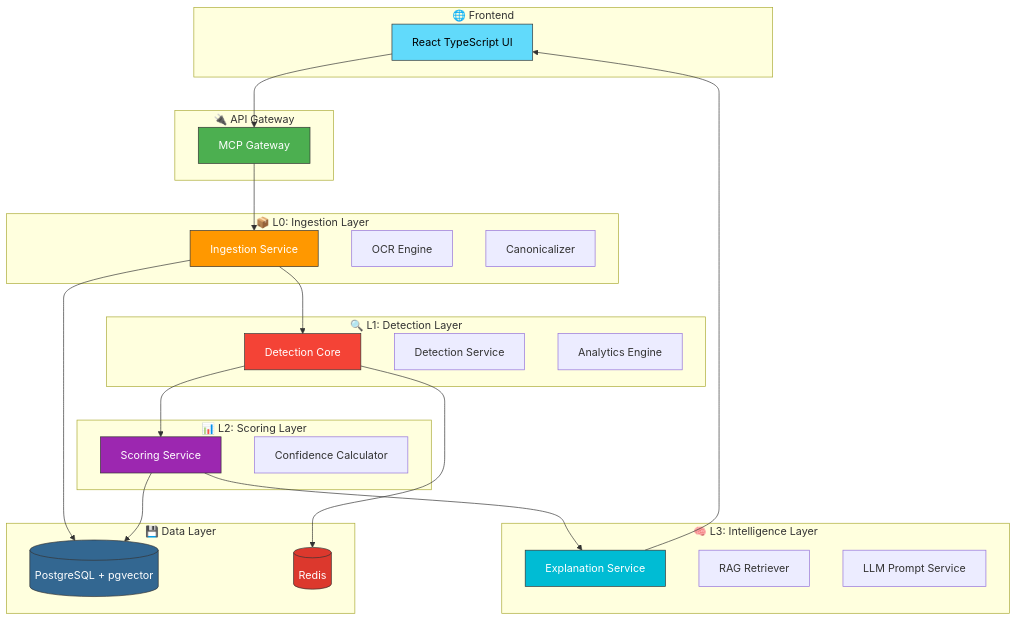
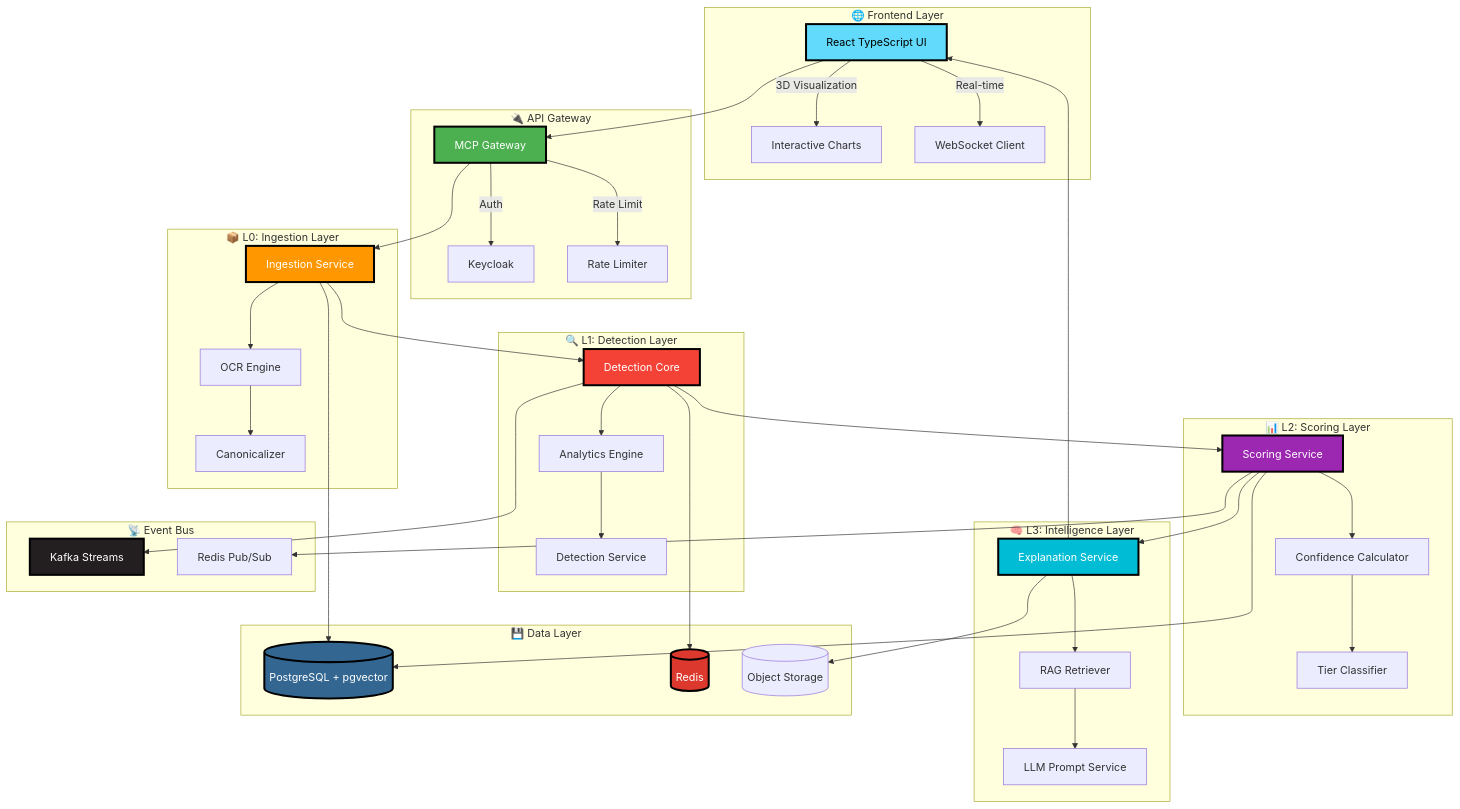
The diagram in README.md (sakib-11/govspend-nexus-ai), drawn with Mermaid before and after one commit. The commit also changed other lines of this file and 2 other files, not shown here.

````diff
--- a/README.md
+++ b/README.md
@@ -61,58 +110,78 @@
 ```mermaid
 graph TB
-    subgraph "🌐 Frontend"
+    subgraph "🌐 Frontend Layer"
         UI[React TypeScript UI]
+        UI --> |3D Visualization| VIZ[Interactive Charts]
+        UI --> |Real-time| WS[WebSocket Client]
     end
     
     subgraph "🔌 API Gateway"
         MCP[MCP Gateway]
+        MCP --> |Auth| AUTH[Keycloak]
+        MCP --> |Rate Limit| RL[Rate Limiter]
     end
     
     subgraph "📦 L0: Ingestion Layer"
         ING[Ingestion Service]
         OCR[OCR Engine]
         CAN[Canonicalizer]
+        ING --> OCR --> CAN
     end
     
     subgraph "🔍 L1: Detection Layer"
         DET[Detection Core]
         DET2[Detection Service]
         ANA[Analytics Engine]
+        DET --> ANA --> DET2
     end
     
     subgraph "📊 L2: Scoring Layer"
         SCR[Scoring Service]
         CAL[Confidence Calculator]
+        TIER[Tier Classifier]
+        SCR --> CAL --> TIER
     end
     
     subgraph "🧠 L3: Intelligence Layer"
         EXP[Explanation Service]
         RAG[RAG Retriever]
         LLM[LLM Prompt Service]
+        EXP --> RAG --> LLM
     end
     
     subgraph "💾 Data Layer"
         PG[(PostgreSQL + pgvector)]
         RD[(Redis)]
+        S3[(Object Storage)]
+    end
+    
+    subgraph "📡 Event Bus"
+        KAFKA[Kafka Streams]
+        REDIS[Redis Pub/Sub]
     end
     
     UI --> MCP
     MCP --> ING
     ING --> DET
     DET --> SCR
     SCR --> EXP
     EXP --> UI
     
     ING --> PG
     DET --> RD
     SCR --> PG
+    EXP --> S3
     
-    style UI fill:#61DAFB,stroke:#333,color:#000
-    style MCP fill:#4CAF50,stroke:#333,color:#fff
-    style ING fill:#FF9800,stroke:#333,color:#fff
-    style DET fill:#F44336,stroke:#333,color:#fff
-    style SCR fill:#9C27B0,stroke:#333,color:#fff
-    style EXP fill:#00BCD4,stroke:#333,color:#fff
-    style PG fill:#336791,stroke:#333,color:#fff
-    style RD fill:#DC382D,stroke:#333,color:#fff
+    DET --> KAFKA
+    SCR --> REDIS
+    
+    style UI fill:#61DAFB,stroke:#000,color:#000,stroke-width:3px
+    style MCP fill:#4CAF50,stroke:#000,color:#fff,stroke-width:3px
+    style ING fill:#FF9800,stroke:#000,color:#fff,stroke-width:3px
+    style DET fill:#F44336,stroke:#000,color:#fff,stroke-width:3px
+    style SCR fill:#9C27B0,stroke:#000,color:#fff,stroke-width:3px
+    style EXP fill:#00BCD4,stroke:#000,color:#fff,stroke-width:3px
+    style PG fill:#336791,stroke:#000,color:#fff,stroke-width:3px
+    style RD fill:#DC382D,stroke:#000,color:#fff,stroke-width:3px
+    style KAFKA fill:#231F20,stroke:#000,color:#fff,stroke-width:3px
 ```
````
